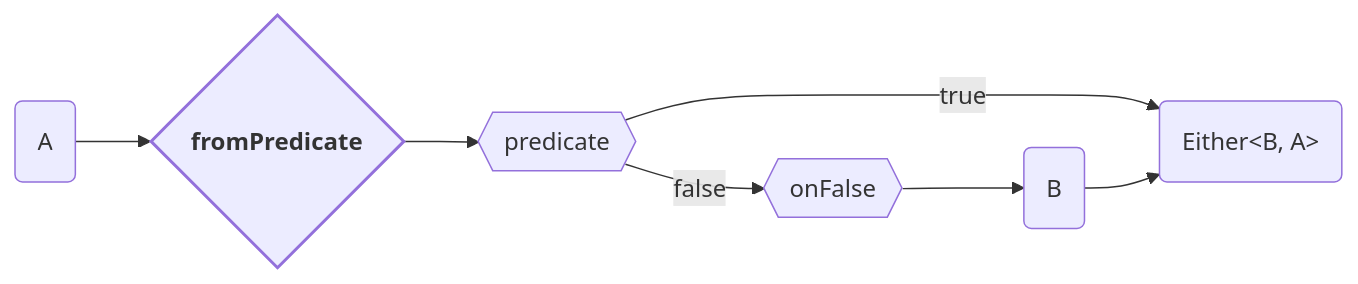
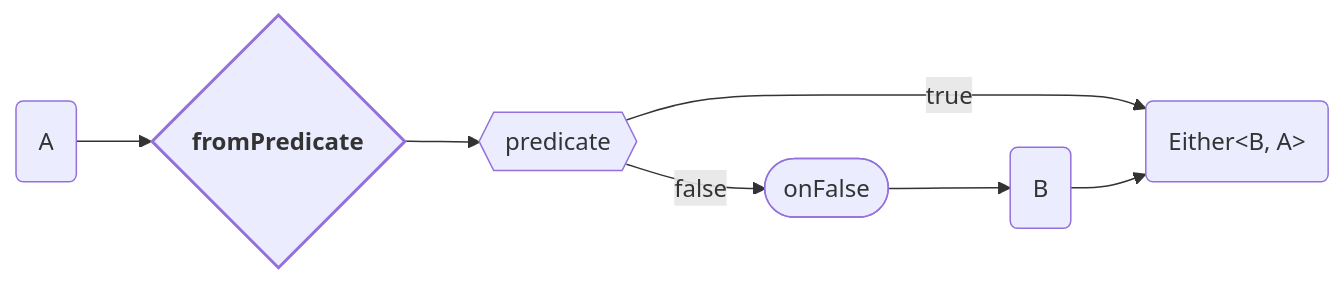
One commit to adamjosefus/fp-ts-examples changed the second of 8 diagrams in Either.md. Above: the diagram before and after it, drawn with Mermaid. The commit also changed other lines of this file, not shown here.

````diff
--- a/Either.md
+++ b/Either.md
@@ -102,19 +102,19 @@
 ```mermaid
 flowchart LR
     style fromPredicate stroke-width: 2px
 
     input( A )
     fromPredicate{ <b>fromPredicate</b> }
     predicate{{ predicate }}
-    onFalse{{ onFalse }}
+    onFalse([ onFalse ])
     leftValue( B )
     output( Either<<span>B, A</span>> )
 
     input --> fromPredicate
     fromPredicate --> predicate
     predicate --> | true | output
     predicate --> | false | onFalse
     onFalse --> leftValue
     leftValue --> output
     
 ```
````
